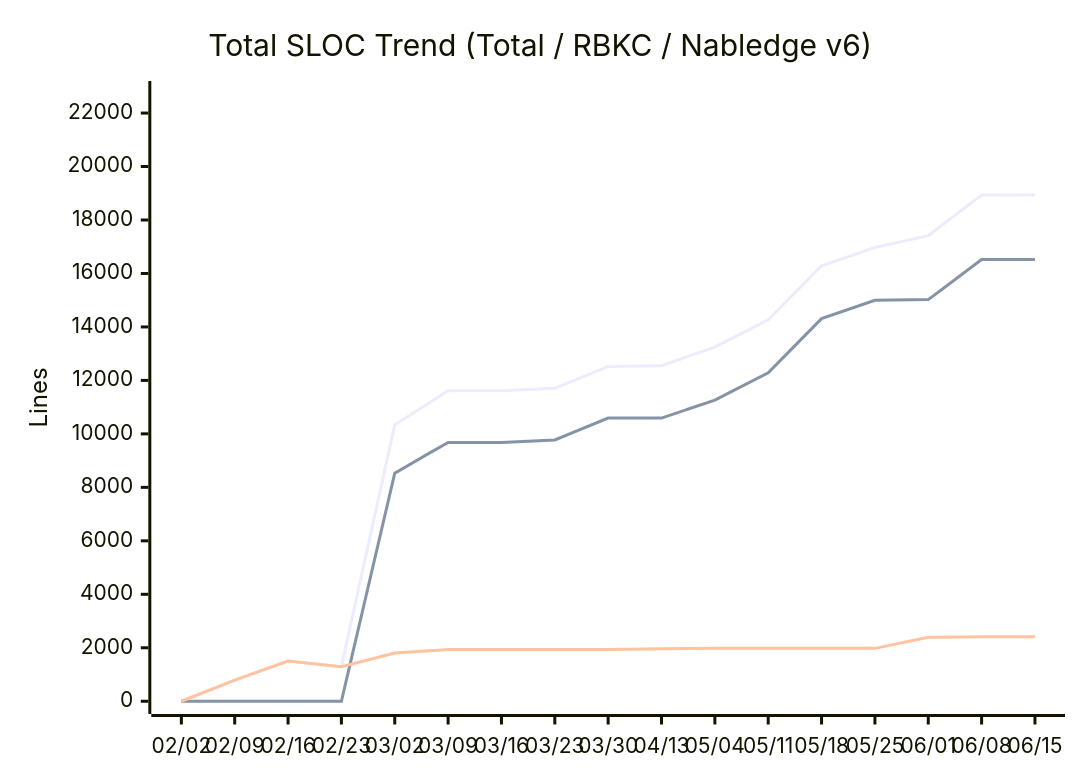
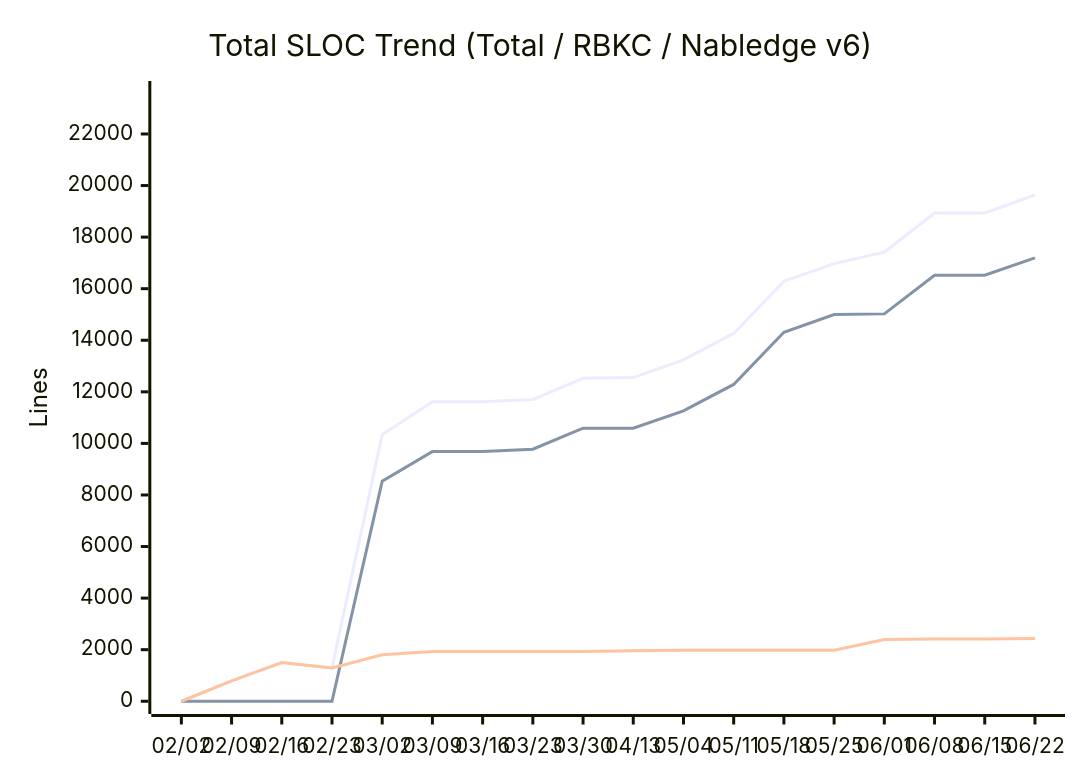
The eighth of 14 diagrams in docs/metrics.md (nablarch/nabledge-dev), drawn with Mermaid before and after one commit. The commit also changed other lines of this file and 2 other files, not shown here.

````diff
--- a/docs/metrics.md
+++ b/docs/metrics.md
@@ -121,9 +121,9 @@
 ```mermaid
 xychart-beta
   title "Total SLOC Trend (Total / RBKC / Nabledge v6)"
-  x-axis ["02/02", "02/09", "02/16", "02/23", "03/02", "03/09", "03/16", "03/23", "03/30", "04/13", "05/04", "05/11", "05/18", "05/25", "06/01", "06/08", "06/15"]
-  y-axis "Lines" 0 --> 22722
-  line [0, 789, 1503, 1293, 10339, 11613, 11613, 11704, 12523, 12553, 13242, 14265, 16290, 16973, 17415, 18935, 18935]
-  line [0, 0, 0, 0, 8533, 9682, 9682, 9773, 10592, 10592, 11264, 12287, 14312, 14995, 15023, 16523, 16523]
-  line [0, 789, 1503, 1293, 1806, 1931, 1931, 1931, 1931, 1961, 1978, 1978, 1978, 1978, 2392, 2412, 2412]
+  x-axis ["02/02", "02/09", "02/16", "02/23", "03/02", "03/09", "03/16", "03/23", "03/30", "04/13", "05/04", "05/11", "05/18", "05/25", "06/01", "06/08", "06/15", "06/22"]
+  y-axis "Lines" 0 --> 23560
+  line [0, 789, 1503, 1293, 10339, 11613, 11613, 11704, 12523, 12553, 13242, 14265, 16290, 16973, 17415, 18935, 18935, 19633]
+  line [0, 0, 0, 0, 8533, 9682, 9682, 9773, 10592, 10592, 11264, 12287, 14312, 14995, 15023, 16523, 16523, 17198]
+  line [0, 789, 1503, 1293, 1806, 1931, 1931, 1931, 1931, 1961, 1978, 1978, 1978, 1978, 2392, 2412, 2412, 2435]
 ```
````
